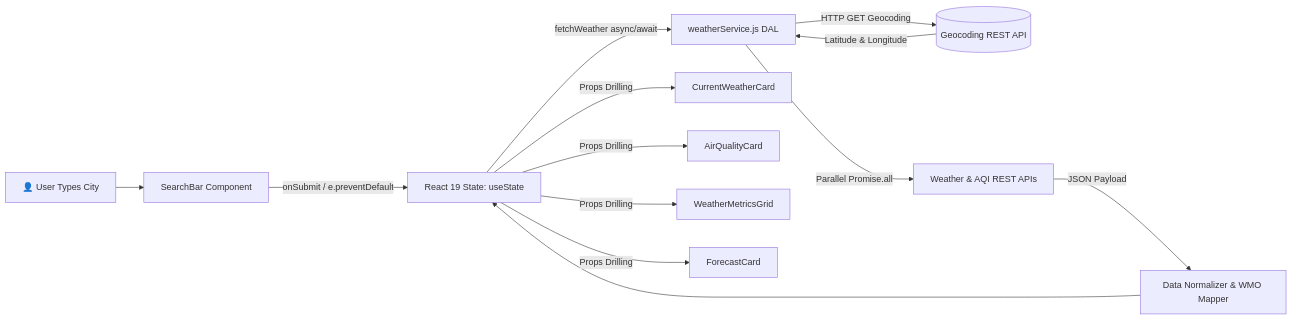
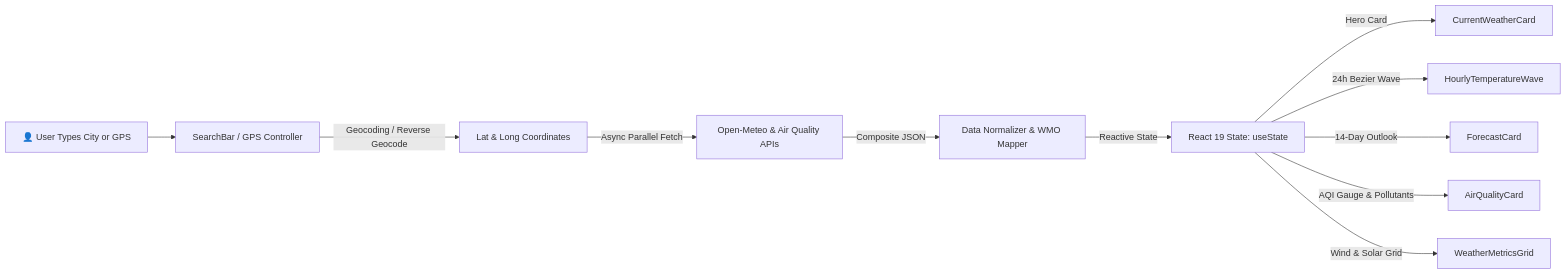
One commit to adityasen23453-droid/WeatherHub changed the first of 2 diagrams in README.md. Above: the diagram before and after it, drawn with Mermaid. The commit also changed other lines of this file and 16 other files, not shown here.

Commit message:
feat: upgrade WeatherHub with live GPS, decoupled favorite cities architecture, 24h bezier wave, 14-day outlook, and dynamic backgrounds

````diff
--- a/README.md
+++ b/README.md
@@ -35,15 +42,13 @@
 ```mermaid
 flowchart LR
-    User[👤 User Types City] --> SearchBar[SearchBar Component]
-    SearchBar -->|onSubmit / e.preventDefault| AppState[React 19 State: useState]
-    AppState -->|fetchWeather async/await| WeatherService[weatherService.js DAL]
-    WeatherService -->|HTTP GET Geocoding| GeocodeAPI[(Geocoding REST API)]
-    GeocodeAPI -->|Latitude & Longitude| WeatherService
-    WeatherService -->|Parallel Promise.all| LiveAPIs[Weather & AQI REST APIs]
-    LiveAPIs -->|JSON Payload| ResponseParser[Data Normalizer & WMO Mapper]
-    ResponseParser --> AppState
-    AppState -->|Props Drilling| CurrentWeather[CurrentWeatherCard]
-    AppState -->|Props Drilling| AQICard[AirQualityCard]
-    AppState -->|Props Drilling| MetricsGrid[WeatherMetricsGrid]
-    AppState -->|Props Drilling| Forecast[ForecastCard]
+    User[👤 User Types City or GPS] --> SearchBar[SearchBar / GPS Controller]
+    SearchBar -->|Geocoding / Reverse Geocode| Coords[Lat & Long Coordinates]
+    Coords -->|Async Parallel Fetch| APIs[Open-Meteo & Air Quality APIs]
+    APIs -->|Composite JSON| Parser[Data Normalizer & WMO Mapper]
+    Parser -->|Reactive State| AppState[React 19 State: useState]
+    AppState -->|Hero Card| CurrentWeather[CurrentWeatherCard]
+    AppState -->|24h Bezier Wave| Wave[HourlyTemperatureWave]
+    AppState -->|14-Day Outlook| Forecast[ForecastCard]
+    AppState -->|AQI Gauge & Pollutants| AQI[AirQualityCard]
+    AppState -->|Wind & Solar Grid| Metrics[WeatherMetricsGrid]
 ```
````
